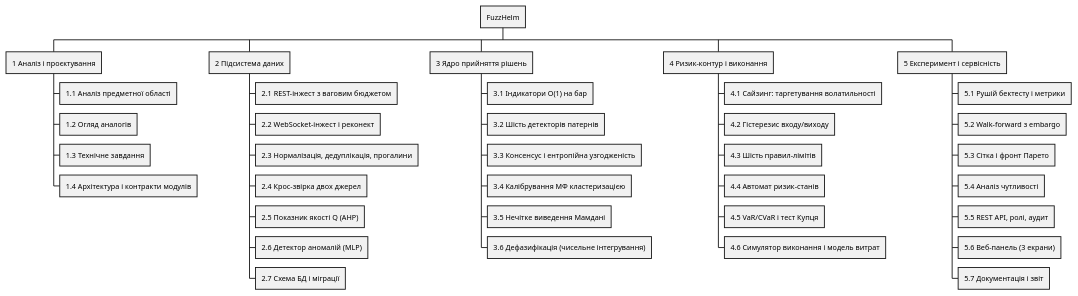
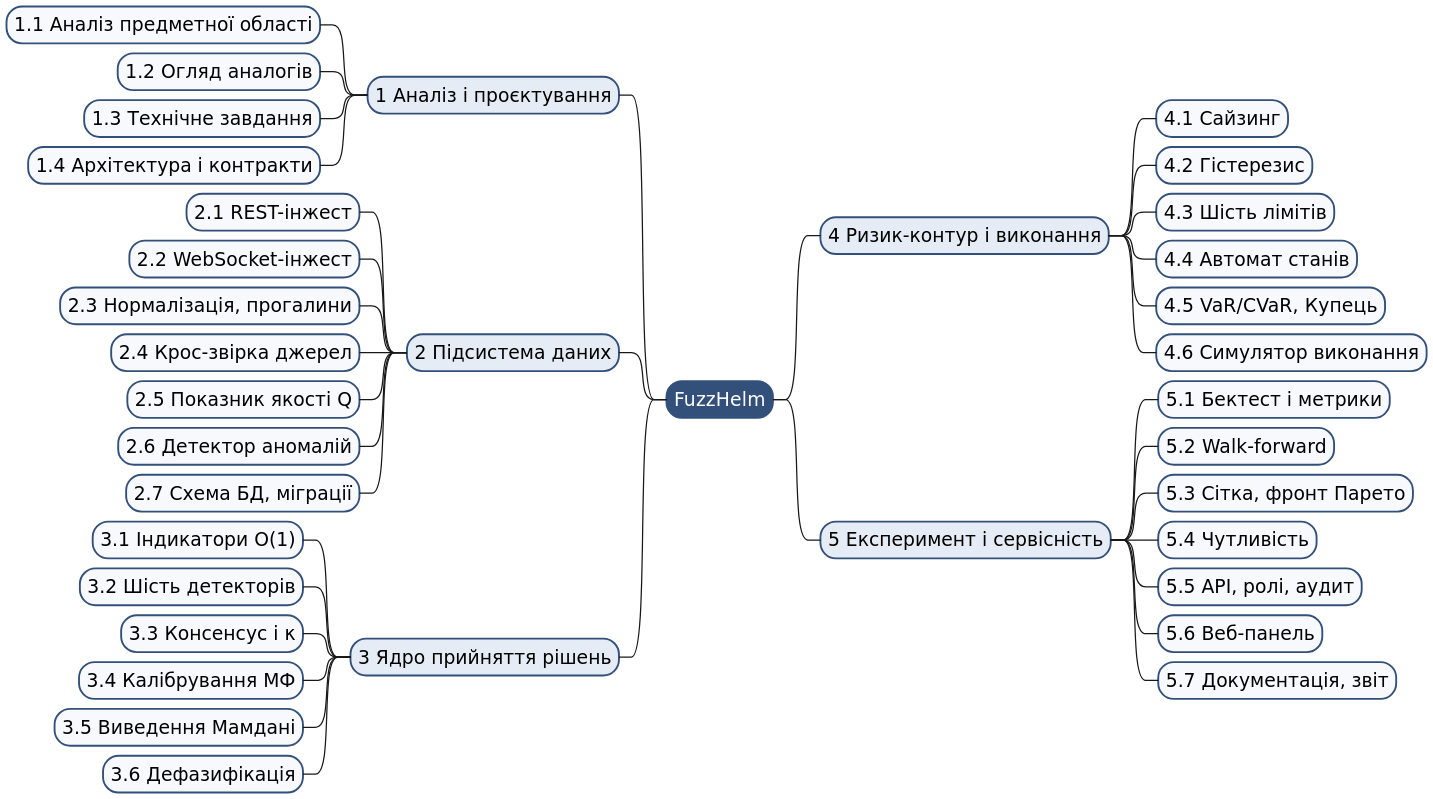
Before and after one commit to AndrZhuk/FuzzHelm: the diagram in docs/diagrams/wbs.puml, drawn with PlantUML. The commit also changed 15 other files, not shown here.

First line of the commit message:
Diagrams: re-lay out for print (legible on a portrait A4 page)

```diff
--- a/docs/diagrams/wbs.puml
+++ b/docs/diagrams/wbs.puml
@@ -1,42 +1,54 @@
-@startwbs
+@startmindmap
 ' Ієрархічна структура робіт (WBS) проєкту FuzzHelm.
 ' Найменування: docs/diagrams/wbs.puml
-' Призначення: декомпозиція індивідуального завдання на пакети робіт для звіту §1.6.
+' Призначення: декомпозиція індивідуального завдання на пакети робіт (звіт §1.6).
+'     Намальовано деревом із гілками ліворуч і праворуч від кореня: у класичному WBS пакети
+'     першого рівня стоять в один ряд і на портретній сторінці шрифт стає нечитабельним.
 ' Автор: Андрій Жук, 2026.
+skinparam dpi 200
+skinparam defaultFontName "DejaVu Sans"
+skinparam defaultFontSize 15
+<style>
+mindmapDiagram {
+  node { BackgroundColor #F7F9FC; LineColor #33507A; Padding 6; Margin 4 }
+  rootNode { BackgroundColor #33507A; FontColor #FFFFFF }
+  :depth(1) { BackgroundColor #E6ECF5 }
+}
+</style>
 * FuzzHelm
-** 1 Аналіз і проєктування
-*** 1.1 Аналіз предметної області
-*** 1.2 Огляд аналогів
-*** 1.3 Технічне завдання
-*** 1.4 Архітектура і контракти модулів
-** 2 Підсистема даних
-*** 2.1 REST-інжест з ваговим бюджетом
-*** 2.2 WebSocket-інжест і реконект
-*** 2.3 Нормалізація, дедуплікація, прогалини
-*** 2.4 Крос-звірка двох джерел
-*** 2.5 Показник якості Q (AHP)
-*** 2.6 Детектор аномалій (MLP)
-*** 2.7 Схема БД і міграції
-** 3 Ядро прийняття рішень
-*** 3.1 Індикатори O(1) на бар
-*** 3.2 Шість детекторів патернів
-*** 3.3 Консенсус і ентропійна узгодженість
-*** 3.4 Калібрування МФ кластеризацією
-*** 3.5 Нечітке виведення Мамдані
-*** 3.6 Дефазифікація (чисельне інтегрування)
+-- 1 Аналіз і проєктування
+--- 1.1 Аналіз предметної області
+--- 1.2 Огляд аналогів
+--- 1.3 Технічне завдання
+--- 1.4 Архітектура і контракти
+-- 2 Підсистема даних
+--- 2.1 REST-інжест
+--- 2.2 WebSocket-інжест
+--- 2.3 Нормалізація, прогалини
+--- 2.4 Крос-звірка джерел
+--- 2.5 Показник якості Q
+--- 2.6 Детектор аномалій
+--- 2.7 Схема БД, міграції
+-- 3 Ядро прийняття рішень
+--- 3.1 Індикатори O(1)
+--- 3.2 Шість детекторів
+--- 3.3 Консенсус і κ
+--- 3.4 Калібрування МФ
+--- 3.5 Виведення Мамдані
+--- 3.6 Дефазифікація
 ** 4 Ризик-контур і виконання
-*** 4.1 Сайзинг: таргетування волатильності
-*** 4.2 Гістерезис входу/виходу
-*** 4.3 Шість правил-лімітів
-*** 4.4 Автомат ризик-станів
-*** 4.5 VaR/CVaR і тест Купця
-*** 4.6 Симулятор виконання і модель витрат
+*** 4.1 Сайзинг
+*** 4.2 Гістерезис
+*** 4.3 Шість лімітів
+*** 4.4 Автомат станів
+*** 4.5 VaR/CVaR, Купець
+*** 4.6 Симулятор виконання
 ** 5 Експеримент і сервісність
-*** 5.1 Рушій бектесту і метрики
-*** 5.2 Walk-forward з embargo
-*** 5.3 Сітка і фронт Парето
-*** 5.4 Аналіз чутливості
-*** 5.5 REST API, ролі, аудит
-*** 5.6 Веб-панель (3 екрани)
-*** 5.7 Документація і звіт
-@endwbs
+*** 5.1 Бектест і метрики
+*** 5.2 Walk-forward
+*** 5.3 Сітка, фронт Парето
+*** 5.4 Чутливість
+*** 5.5 API, ролі, аудит
+*** 5.6 Веб-панель
+*** 5.7 Документація, звіт
+@endmindmap
```
